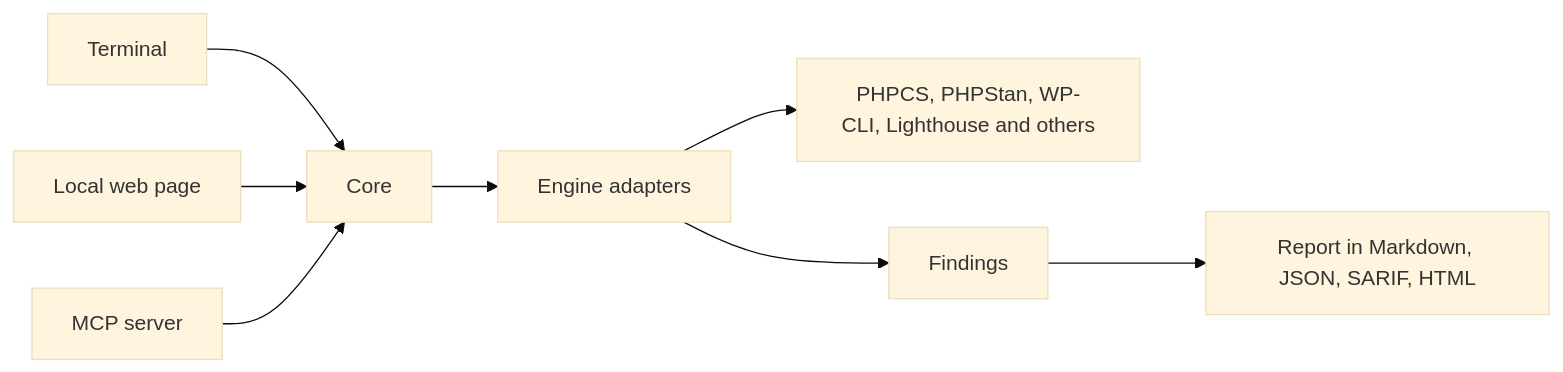
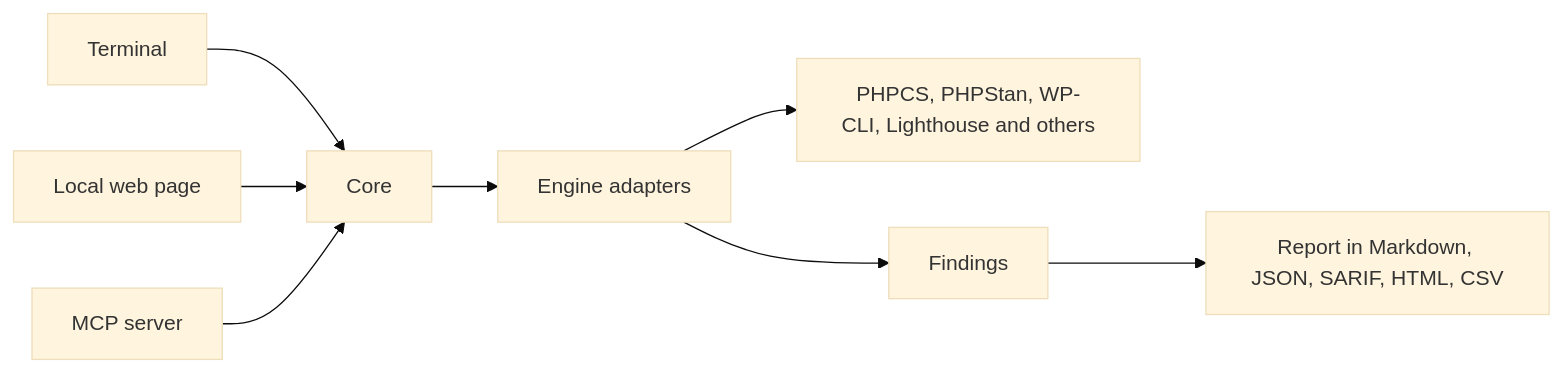
The diagram in docs/explanation/architecture.md (alexposlushnyak/wp-shakedown), drawn with Mermaid (base theme) before and after one commit. The commit also changed other lines of this file and 29 other files, not shown here.

````diff
--- a/docs/explanation/architecture.md
+++ b/docs/explanation/architecture.md
@@ -14,10 +14,10 @@
 ```mermaid
 flowchart LR
     CLI[Terminal] --> Core
     UI[Local web page] --> Core
     MCP[MCP server] --> Core
     Core --> Adapters[Engine adapters]
     Adapters --> Tools["PHPCS, PHPStan, WP-CLI, Lighthouse and others"]
     Adapters --> Findings[Findings]
-    Findings --> Report["Report in Markdown, JSON, SARIF, HTML"]
+    Findings --> Report["Report in Markdown, JSON, SARIF, HTML, CSV"]
 ```
````
